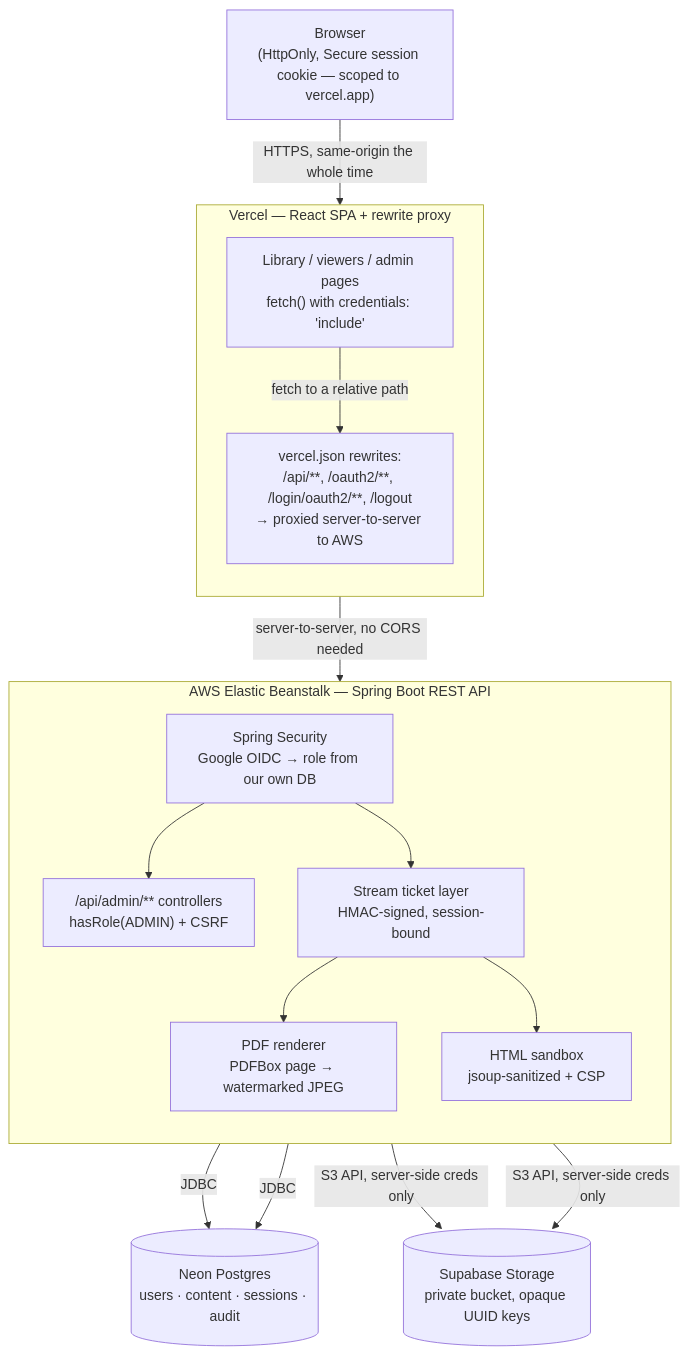
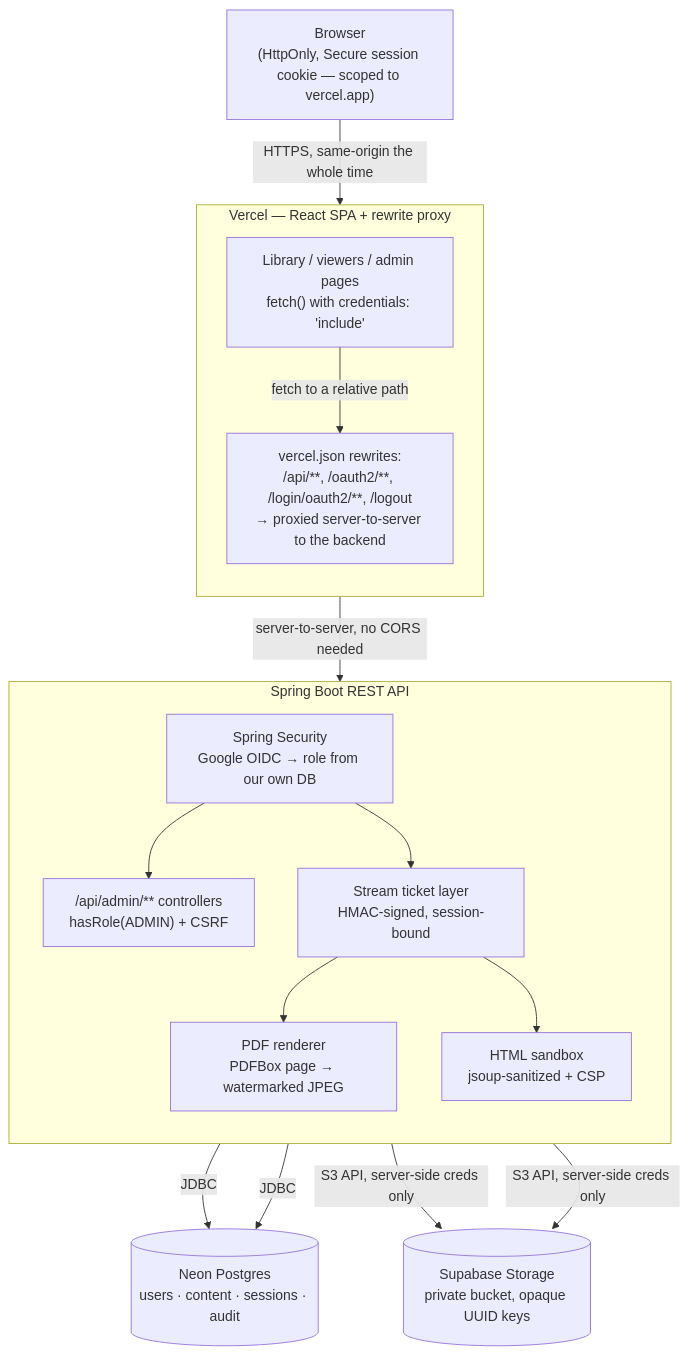
Before and after one commit to Abishek062006/secure-content-portal: the diagram in README.md, drawn with Mermaid. The commit also changed other lines of this file and 1 other file, not shown here.

First line of the commit message:
chore: drop the AWS Elastic Beanstalk deployment

````diff
--- a/README.md
+++ b/README.md
@@ -72,34 +72,34 @@
 ```mermaid
 flowchart TB
     Browser["Browser<br/>(HttpOnly, Secure session cookie — scoped to vercel.app)"]
 
     subgraph Vercel["Vercel — React SPA + rewrite proxy"]
         direction TB
         Spa["Library / viewers / admin pages<br/>fetch() with credentials: 'include'"]
-        Proxy["vercel.json rewrites:<br/>/api/**, /oauth2/**, /login/oauth2/**, /logout<br/>→ proxied server-to-server to AWS"]
+        Proxy["vercel.json rewrites:<br/>/api/**, /oauth2/**, /login/oauth2/**, /logout<br/>→ proxied server-to-server to the backend"]
     end
 
-    subgraph AWS["AWS Elastic Beanstalk — Spring Boot REST API"]
+    subgraph API["Spring Boot REST API"]
         direction TB
         Sec["Spring Security<br/>Google OIDC → role from our own DB"]
         Api["/api/admin/** controllers<br/>hasRole(ADMIN) + CSRF"]
         Stream["Stream ticket layer<br/>HMAC-signed, session-bound"]
         Pdf["PDF renderer<br/>PDFBox page → watermarked JPEG"]
         Html["HTML sandbox<br/>jsoup-sanitized + CSP"]
     end
 
     Neon[("Neon Postgres<br/>users · content · sessions · audit")]
     Supabase[("Supabase Storage<br/>private bucket, opaque UUID keys")]
 
     Browser -->|HTTPS, same-origin the whole time| Spa
     Spa -->|fetch to a relative path| Proxy
     Proxy -->|server-to-server, no CORS needed| Sec
     Sec --> Api
     Sec --> Stream
     Stream --> Pdf
     Stream --> Html
     Api -->|JDBC| Neon
     Stream -->|JDBC| Neon
     Api -->|S3 API, server-side creds only| Supabase
     Stream -->|S3 API, server-side creds only| Supabase
 ```
````
